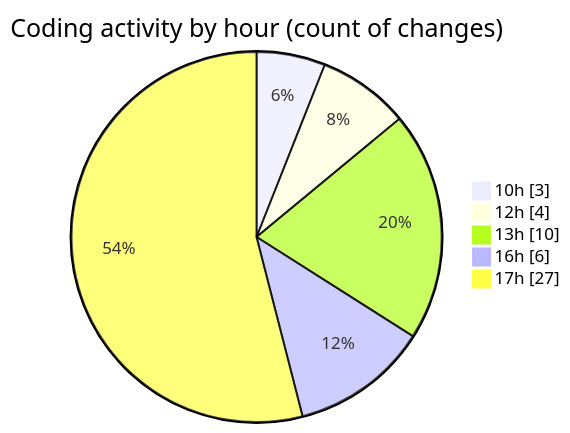
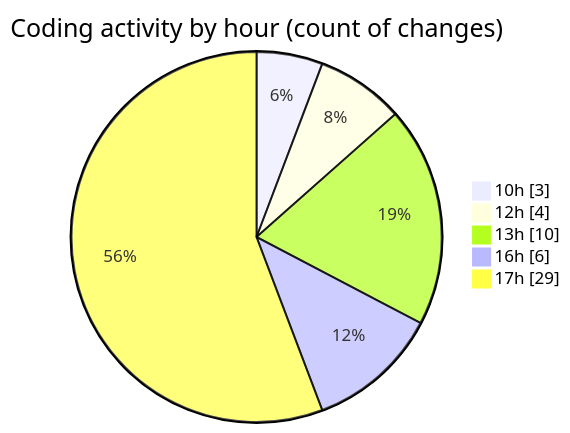
One commit to momahboobian/code-tracking changed the second of 2 diagrams in 2025-10-27/cda/README.md. Above: the diagram before and after it, drawn with Mermaid. The commit also changed other lines of this file and 1 other file, not shown here.

````diff
--- a/2025-10-27/cda/README.md
+++ b/2025-10-27/cda/README.md
@@ -35,9 +35,9 @@
 ```mermaid
 pie showData
 title Coding activity by hour (count of changes)
 "10h" : 3
 "12h" : 4
 "13h" : 10
 "16h" : 6
-"17h" : 27
+"17h" : 29
 ```
````
